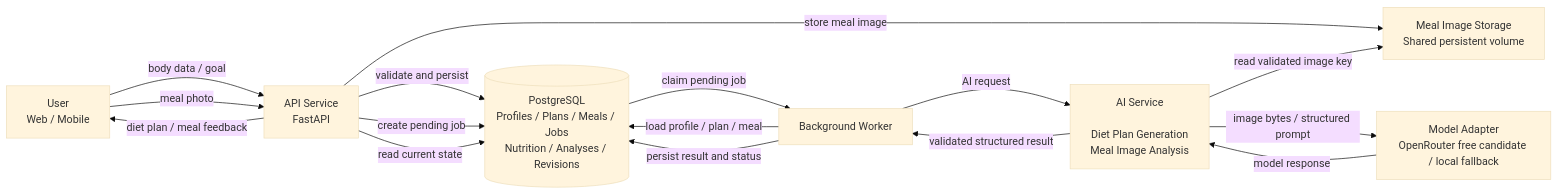
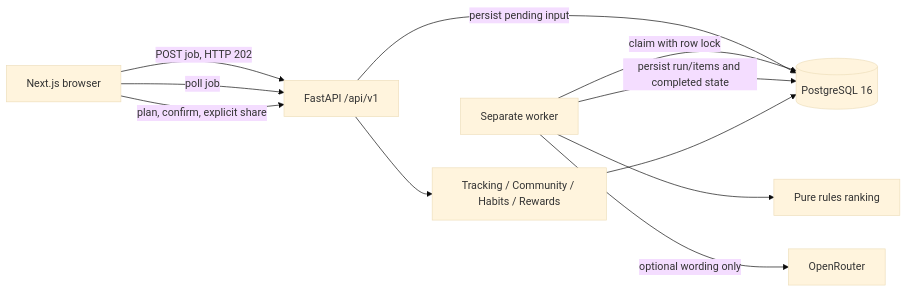
One commit to BoxiangZ/NourishLoop changed the diagram in docs/architecture.md. Above: the diagram before and after it, drawn with Mermaid (base theme). The commit also changed other lines of this file and 32 other files, not shown here.

````diff
--- a/docs/architecture.md
+++ b/docs/architecture.md
@@ -119,35 +7,13 @@
 ```mermaid
 flowchart LR
-    U[User<br/>Web / Mobile]
-
-    API[API Service<br/>FastAPI]
-
-    DB[(PostgreSQL<br/>Profiles / Plans / Meals / Jobs<br/>Nutrition / Analyses / Revisions)]
-
-    W[Background Worker]
-
-    AI[AI Service<br/><br/>Diet Plan Generation<br/>Meal Image Analysis]
-
-    IMG[Meal Image Storage<br/>Shared persistent volume]
-    PROVIDER[Model Adapter<br/>OpenRouter free candidate / local fallback]
-
-    U -->|body data / goal| API
-    U -->|meal photo| API
-
-    API -->|validate and persist| DB
-    API -->|store meal image| IMG
-    API -->|create pending job| DB
-
-    DB -->|claim pending job| W
-    W -->|load profile / plan / meal| DB
-    W -->|AI request| AI
-    AI -->|read validated image key| IMG
-    AI -->|image bytes / structured prompt| PROVIDER
-    PROVIDER -->|model response| AI
-    AI -->|validated structured result| W
-
-    W -->|persist result and status| DB
-
-    API -->|read current state| DB
-    API -->|diet plan / meal feedback| U
+  Browser[Next.js browser] -->|POST job, HTTP 202| API[FastAPI /api/v1]
+  API -->|persist pending input| DB[(PostgreSQL 16)]
+  Worker[Separate worker] -->|claim with row lock| DB
+  Worker --> Rules[Pure rules ranking]
+  Worker -->|optional wording only| Model[OpenRouter]
+  Worker -->|persist run/items and completed state| DB
+  Browser -->|poll job| API
+  Browser -->|plan, confirm, explicit share| API
+  API --> Domains[Tracking / Community / Habits / Rewards]
+  Domains --> DB
 ```
````
